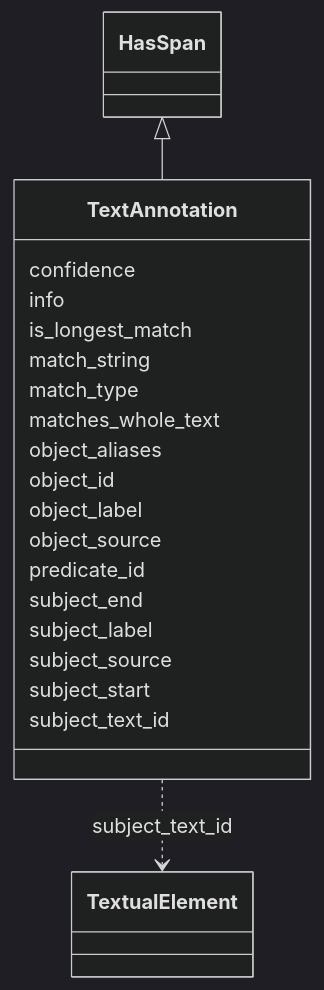
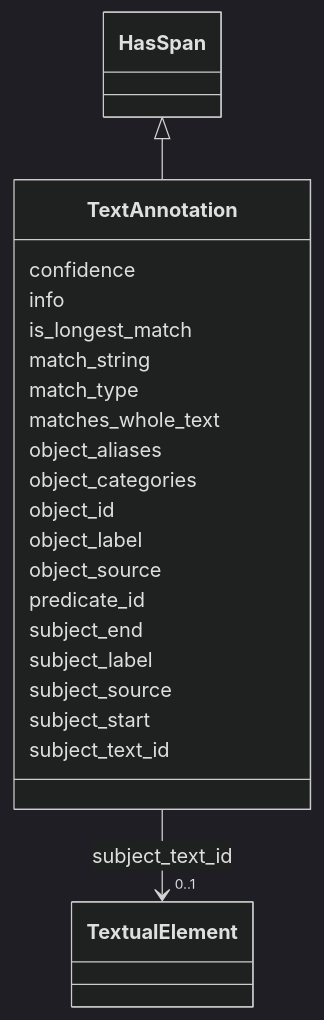
Before and after one commit to INCATools/ontology-access-kit: the diagram in docs/datamodels/text-annotator/TextAnnotation.md, drawn with Mermaid (dark theme). The commit also changed other lines of this file and 539 other files, not shown here.

````diff
--- a/docs/datamodels/text-annotator/TextAnnotation.md
+++ b/docs/datamodels/text-annotator/TextAnnotation.md
@@ -11,41 +19,50 @@
 ```{mermaid}
  classDiagram
     class TextAnnotation
+    click TextAnnotation href "../TextAnnotation"
       HasSpan <|-- TextAnnotation
+        click HasSpan href "../HasSpan"
       
       TextAnnotation : confidence
         
       TextAnnotation : info
         
       TextAnnotation : is_longest_match
         
       TextAnnotation : match_string
         
       TextAnnotation : match_type
         
       TextAnnotation : matches_whole_text
         
       TextAnnotation : object_aliases
+        
+      TextAnnotation : object_categories
         
       TextAnnotation : object_id
         
       TextAnnotation : object_label
         
       TextAnnotation : object_source
         
       TextAnnotation : predicate_id
         
       TextAnnotation : subject_end
         
       TextAnnotation : subject_label
         
       TextAnnotation : subject_source
         
       TextAnnotation : subject_start
         
       TextAnnotation : subject_text_id
         
-          TextAnnotation ..> TextualElement : subject_text_id
+          
+    
+    
+    TextAnnotation --> "0..1" TextualElement : subject_text_id
+    click TextualElement href "../TextualElement"
+
         
       
 ```
````
